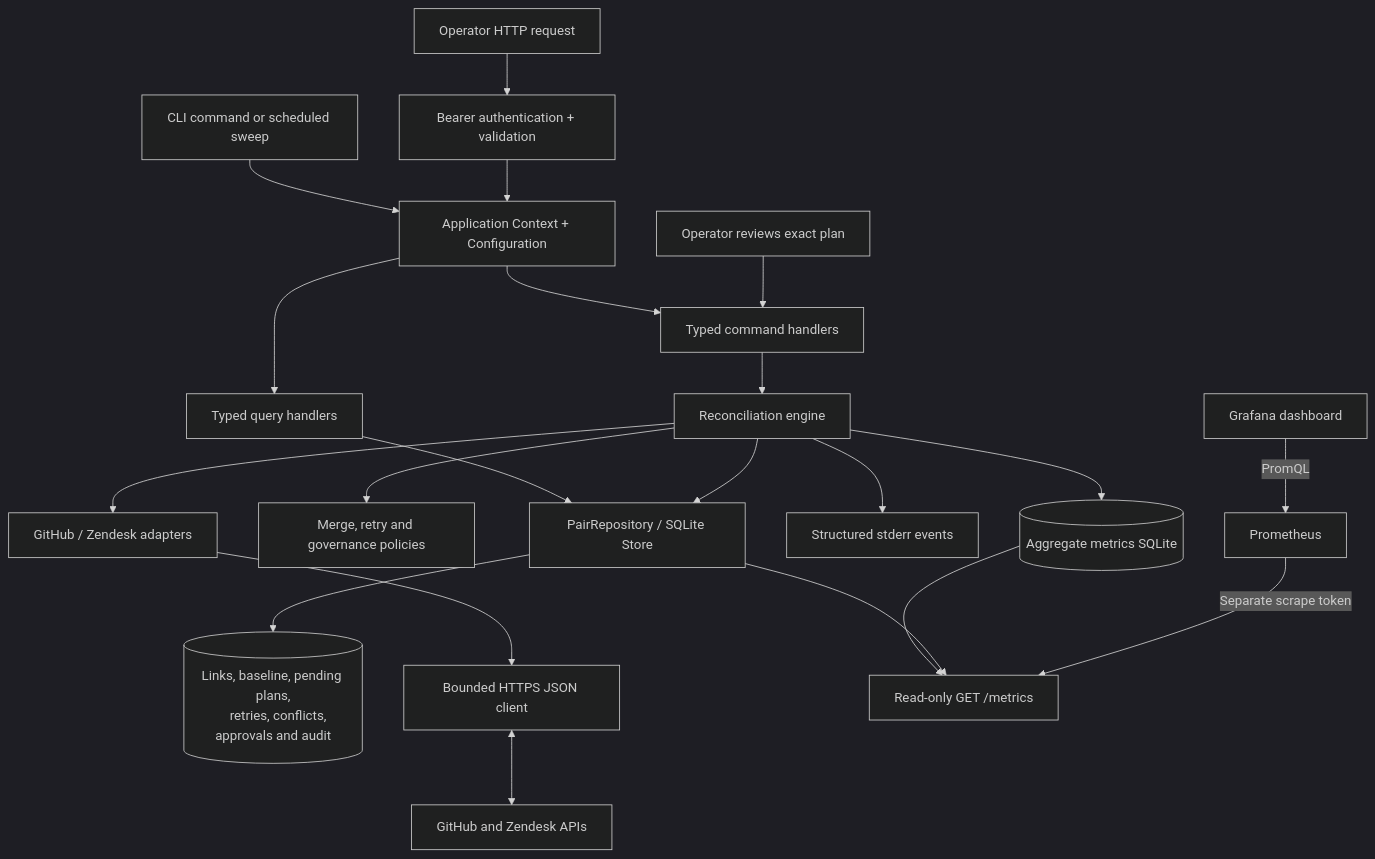
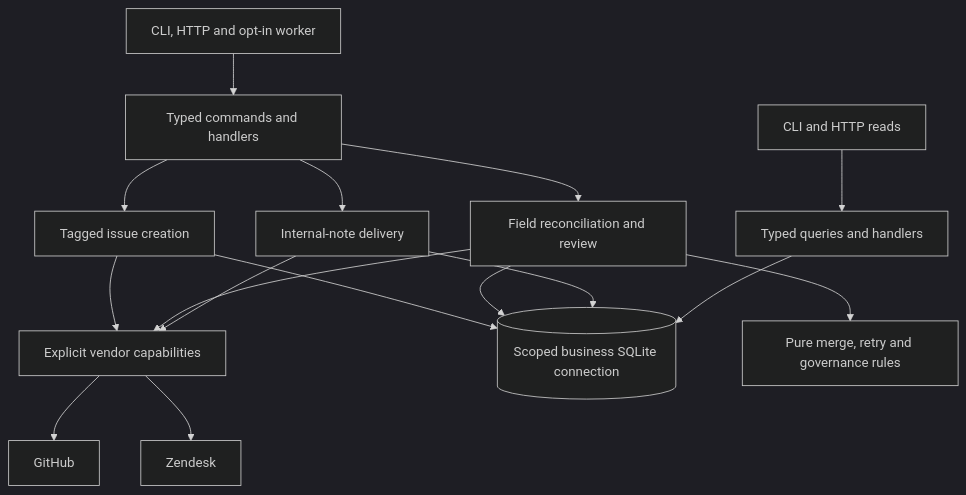
The first of 2 diagrams in docs/ARCHITECTURE.md (AlbertFlorescu/support-bridge), drawn with Mermaid (dark theme) before and after one commit. The commit also changed other lines of this file and 127 other files, not shown here.

First line of the commit message:
Add Zendesk intake, engineering notes and complete monitoring

````diff
--- a/docs/ARCHITECTURE.md
+++ b/docs/ARCHITECTURE.md
@@ -19,24 +11,18 @@
 ```mermaid
-flowchart TD
-    CLI[CLI command or scheduled sweep] --> Context[Application Context + Configuration]
-    Operator[Operator HTTP request] --> Auth[Bearer authentication + validation]
-    Auth --> Context
-    Context --> Commands[Typed command handlers]
-    Context --> Queries[Typed query handlers]
-    Commands --> Engine[Reconciliation engine]
-    Queries --> Store[PairRepository / SQLite Store]
-    Engine --> Policies[Merge, retry and governance policies]
-    Reviewer[Operator reviews exact plan] --> Commands
+flowchart TB
+    Entry["CLI, HTTP and opt-in worker"] --> Commands["Typed commands and handlers"]
+    ReadEntry["CLI and HTTP reads"] --> Queries["Typed queries and handlers"]
+    Commands --> Intake["Tagged issue creation"]
+    Commands --> Engine["Field reconciliation and review"]
+    Commands --> Comments["Internal-note delivery"]
+    Intake --> Ports["Explicit vendor capabilities"]
+    Engine --> Ports
+    Comments --> Ports
+    Ports --> GH["GitHub"]
+    Ports --> ZD["Zendesk"]
+    Intake --> Store[("Scoped business SQLite connection")]
     Engine --> Store
-    Store --> DB[(Links, baseline, pending plans,
-    retries, conflicts, approvals and audit)]
-    Engine --> Providers[GitHub / Zendesk adapters]
-    Providers --> Transport[Bounded HTTPS JSON client]
-    Transport <--> APIs[GitHub and Zendesk APIs]
-    Engine --> Logs[Structured stderr events]
-    Engine --> MetricsDB[(Aggregate metrics SQLite)]
-    MetricsDB --> Exporter[Read-only GET /metrics]
-    Store --> Exporter
-    Prometheus[Prometheus] -->|Separate scrape token| Exporter
-    Grafana[Grafana dashboard] -->|PromQL| Prometheus
+    Comments --> Store
+    Queries --> Store
+    Engine --> Policies["Pure merge, retry and governance rules"]
 ```
````
